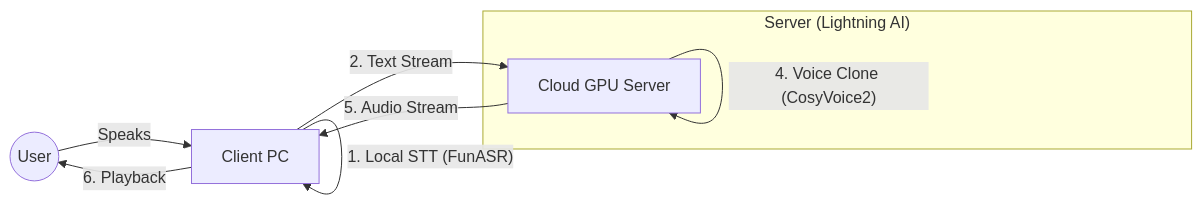
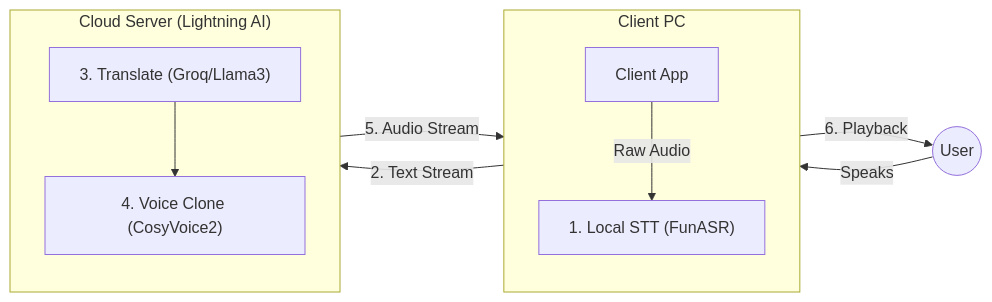
One commit to afiqarif/Real-Time-Translator changed the diagram in README.md. Above: the diagram before and after it, drawn with Mermaid.

Commit message:
Revise architecture diagram in README
Updated the architecture diagram in the README to clarify the roles of Client and Server components.

````diff
--- a/README.md
+++ b/README.md
@@ -19,15 +19,22 @@
 ```mermaid
 graph LR
-    User((User)) -- Speaks --> Client[Client PC]
-    Client -- 1. Local STT (FunASR) --> Client
-    Client -- 2. Text Stream --> Server[Cloud GPU Server]
+    User((User)) -- Speaks --> Client[Client App]
     
-    subgraph "Server (Lightning AI)"
-    Server -- 3. Translate (Groq/Llama3) --> Server
-    Server -- 4. Voice Clone (CosyVoice2) --> Server
+    subgraph "Client PC"
+        direction TB
+        Client
+        STT["1. Local STT (FunASR)"]
+        Client -- Raw Audio --> STT
     end
     
-    Server -- 5. Audio Stream --> Client
-    Client -- 6. Playback --> User
-
+    subgraph "Cloud Server (Lightning AI)"
+        direction TB
+        LLM["3. Translate (Groq/Llama3)"]
+        TTS["4. Voice Clone (CosyVoice2)"]
+        LLM --> TTS
+    end
+    
+    STT -- "2. Text Stream" --> LLM
+    TTS -- "5. Audio Stream" --> Client
+    Client -- "6. Playback" --> User
 ```
````
